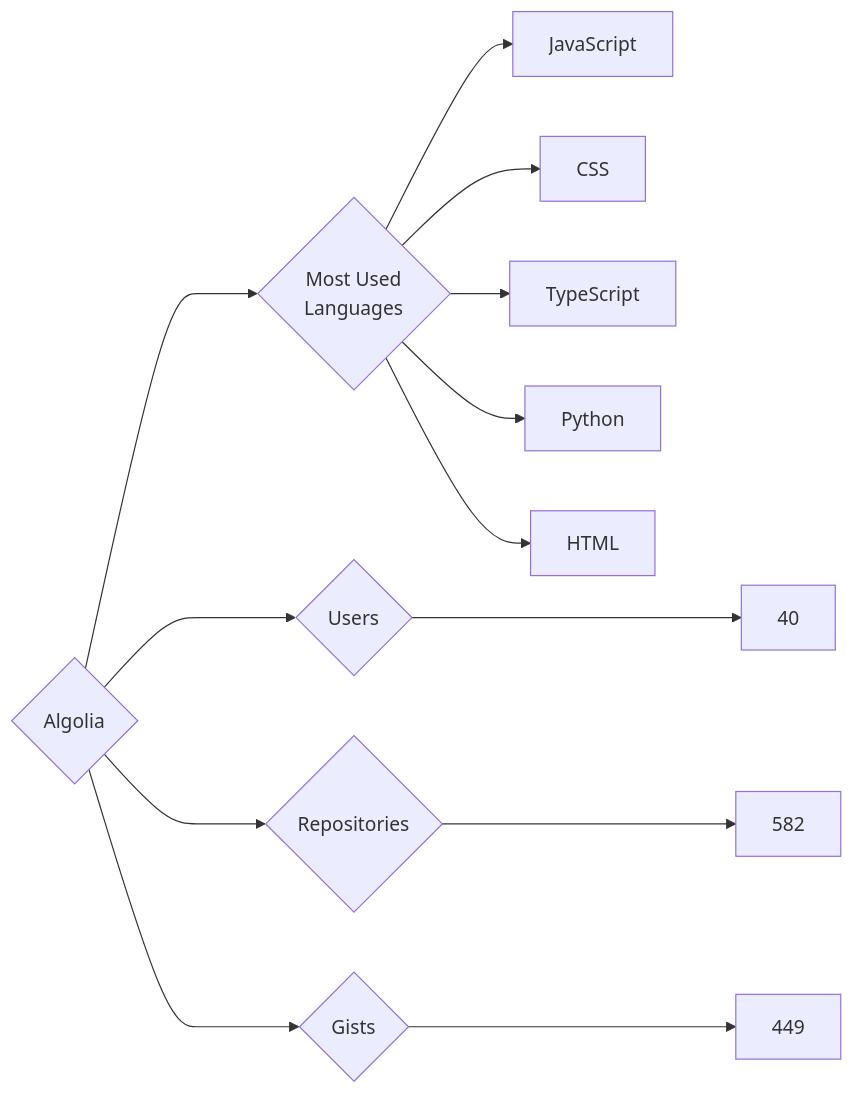
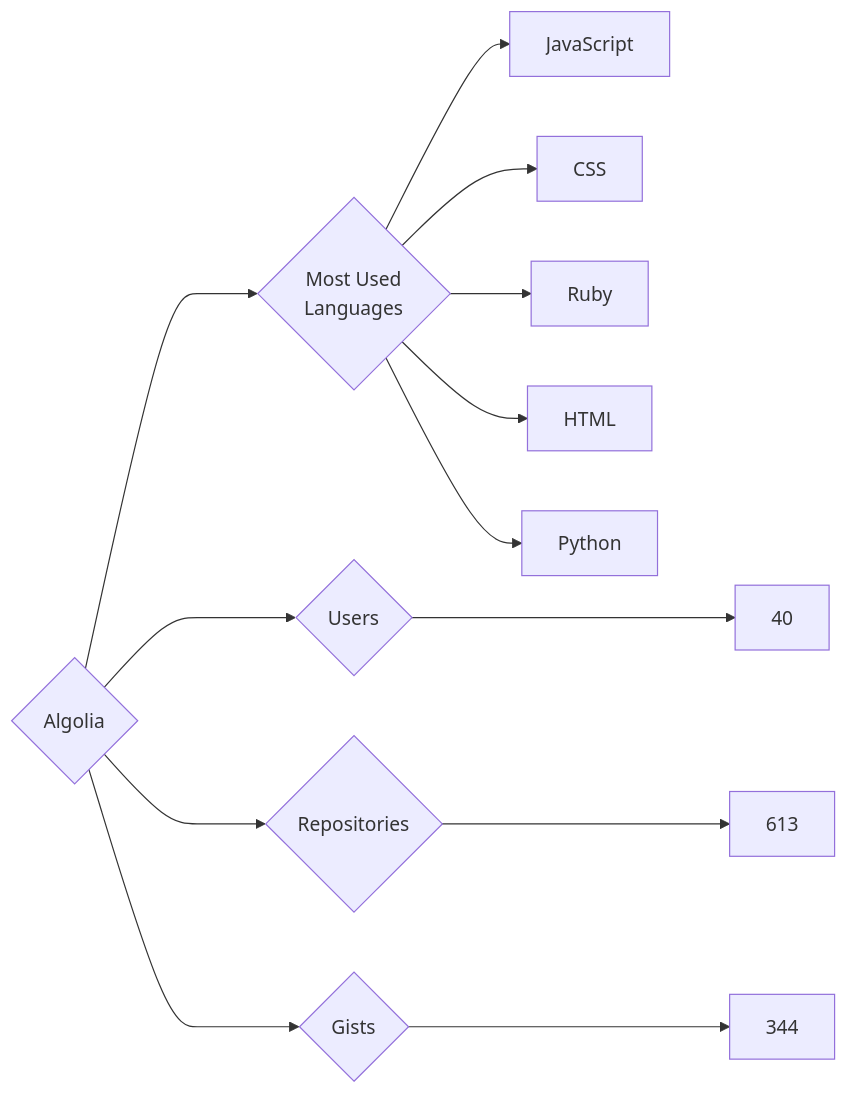
The diagram in targets/Algolia/README.md (trickest/insiders), drawn with Mermaid before and after one commit. The commit also changed 718 other files, not shown here.

````diff
--- a/targets/Algolia/README.md
+++ b/targets/Algolia/README.md
@@ -3,13 +3,13 @@
 ```mermaid
 graph LR
 COMPANY_NAME{Algolia}
 COMPANY_NAME ---> U{Users} ---> UN[40]
-COMPANY_NAME ---> R{Repositories} ---> RN[582]
-COMPANY_NAME ---> G{Gists} ---> GN[449]
+COMPANY_NAME ---> R{Repositories} ---> RN[613]
+COMPANY_NAME ---> G{Gists} ---> GN[344]
 COMPANY_NAME ---> ML{Most Used<br>Languages}
 ML --> JavaScript[JavaScript]
 ML --> CSS[CSS]
-ML --> TypeScript[TypeScript]
+ML --> Ruby[Ruby]
+ML --> HTML[HTML]
 ML --> Python[Python]
-ML --> HTML[HTML]
 ```
````
